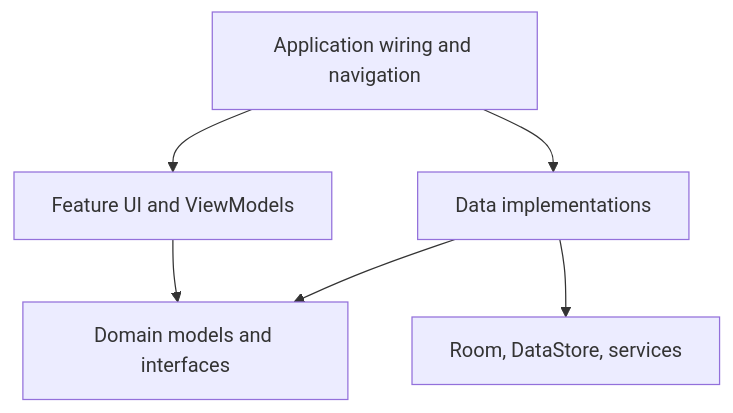
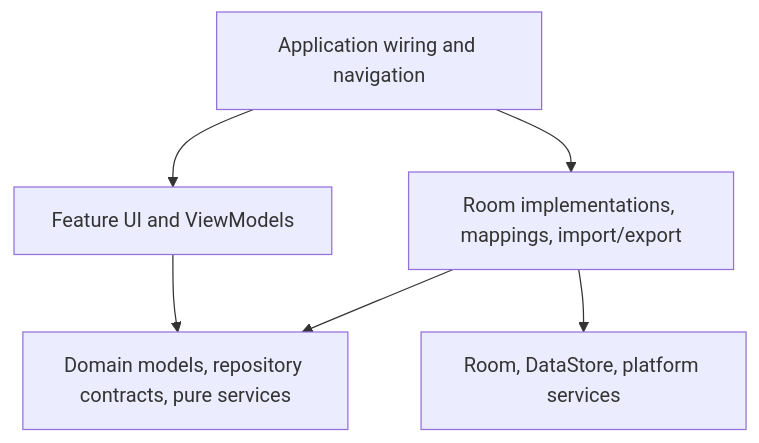
The third of 4 diagrams in docs/ARCHITECTURE.md (Znypr/GymTrack), drawn with Mermaid before and after one commit. The commit also changed other lines of this file, not shown here.

Commit message:
docs: describe current canonical transition architecture

````diff
--- a/docs/ARCHITECTURE.md
+++ b/docs/ARCHITECTURE.md
@@ -147,14 +159,14 @@
 ```mermaid
 flowchart TD
     APP[Application wiring and navigation]
     FEATURE[Feature UI and ViewModels]
-    DOMAIN[Domain models and interfaces]
-    DATA[Data implementations]
-    ANDROID[Room, DataStore, services]
+    DOMAIN[Domain models, repository contracts, pure services]
+    DATA[Room implementations, mappings, import/export]
+    ANDROID[Room, DataStore, platform services]
 
     APP --> FEATURE
     APP --> DATA
     FEATURE --> DOMAIN
     DATA --> DOMAIN
     DATA --> ANDROID
 ```
````
